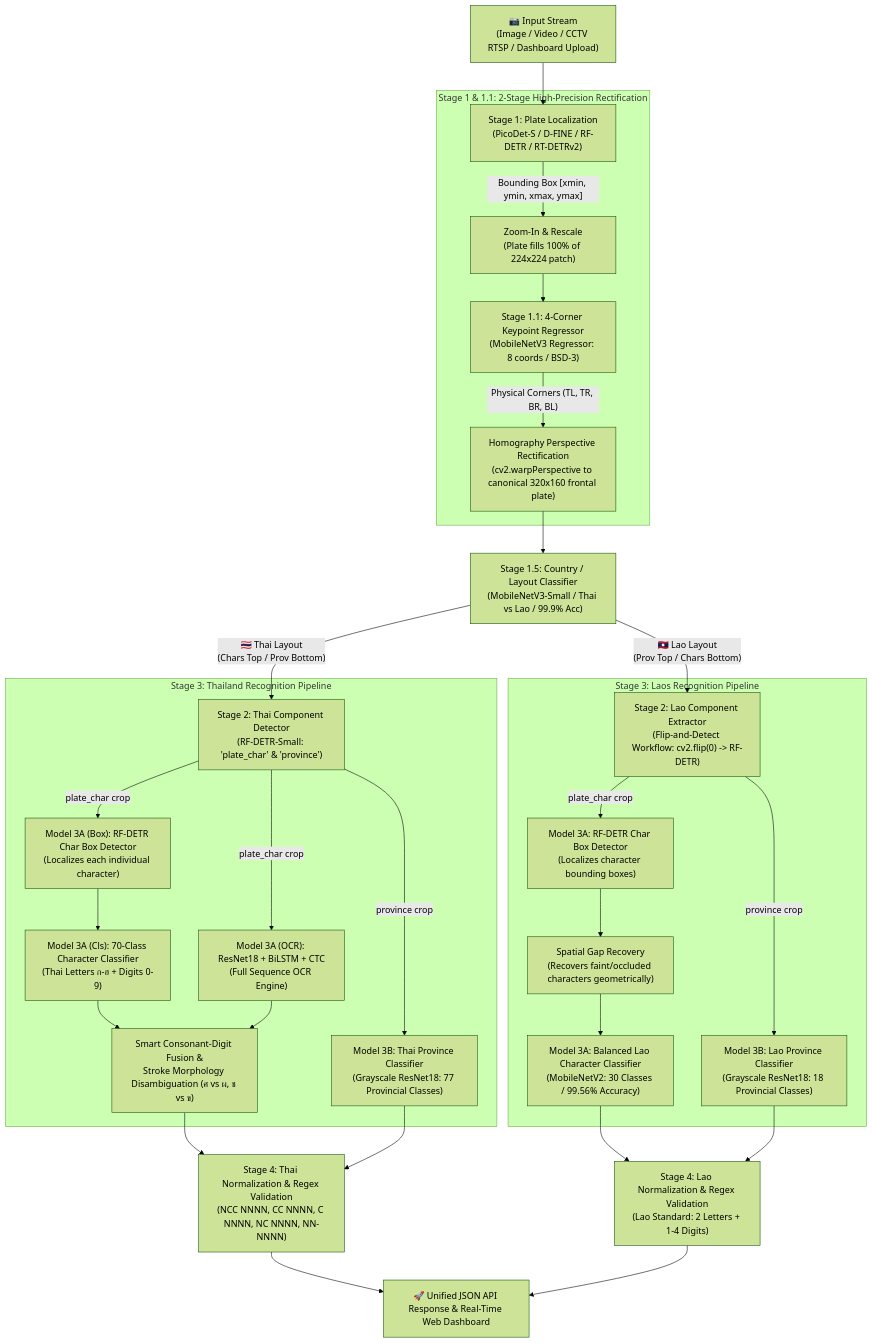
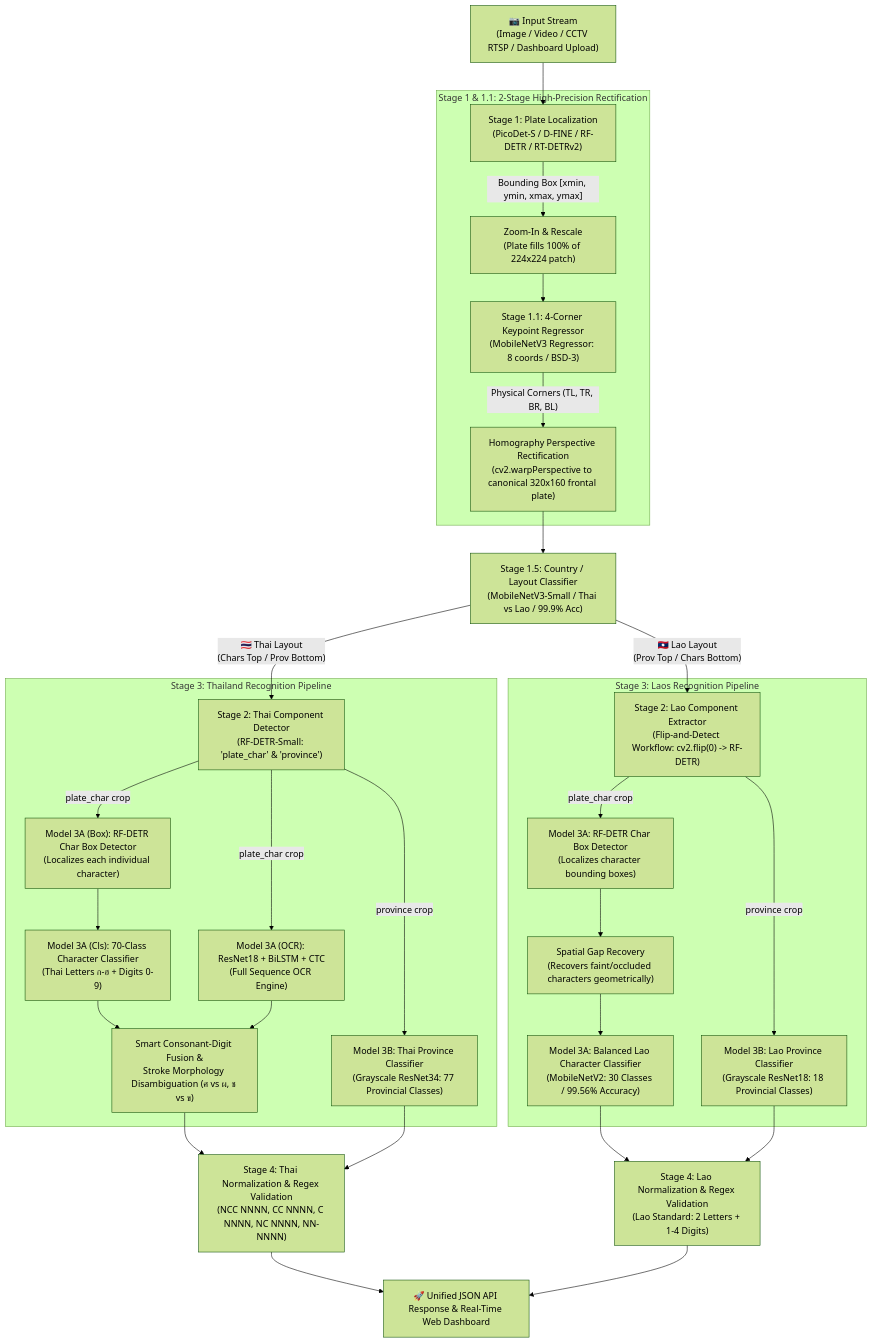
The first of 2 diagrams in README.md (kwankhaosiva-repo/Thai-License-Plate-Recognition-API-old), drawn with Mermaid (forest theme) before and after one commit. The commit also changed other lines of this file and 23 other files, not shown here.

Commit message:
feat: implement user authentication, history management, RTSP streaming, and advanced Thai plate OCR sequence fusion

````diff
--- a/README.md
+++ b/README.md
@@ -33,35 +33,35 @@
 ```mermaid
 flowchart TD
     A["📷 Input Stream\n(Image / Video / CCTV RTSP / Dashboard Upload)"] --> S1["Stage 1: Plate Localization\n(PicoDet-S / D-FINE / RF-DETR / RT-DETRv2)"]
     
     subgraph STAGE1["Stage 1 & 1.1: 2-Stage High-Precision Rectification"]
         S1 -->|"Bounding Box [xmin, ymin, xmax, ymax]"| S1_CROP["Zoom-In & Rescale\n(Plate fills 100% of 224x224 patch)"]
         S1_CROP --> S1_KEY["Stage 1.1: 4-Corner Keypoint Regressor\n(MobileNetV3 Regressor: 8 coords / BSD-3)"]
         S1_KEY -->|"Physical Corners (TL, TR, BR, BL)"| S1_WARP["Homography Perspective Rectification\n(cv2.warpPerspective to canonical 320x160 frontal plate)"]
     end
 
     S1_WARP --> S15["Stage 1.5: Country / Layout Classifier\n(MobileNetV3-Small / Thai vs Lao / 99.9% Acc)"]
 
     S15 -->|"🇹🇭 Thai Layout\n(Chars Top / Prov Bottom)"| S2_TH["Stage 2: Thai Component Detector\n(RF-DETR-Small: 'plate_char' & 'province')"]
     S15 -->|"🇱🇦 Lao Layout\n(Prov Top / Chars Bottom)"| S2_LA["Stage 2: Lao Component Extractor\n(Flip-and-Detect Workflow: cv2.flip(0) -> RF-DETR)"]
 
     subgraph STAGE3_TH["Stage 3: Thailand Recognition Pipeline"]
         S2_TH -->|"plate_char crop"| TH_CHAR_BOX["Model 3A (Box): RF-DETR Char Box Detector\n(Localizes each individual character)"]
         TH_CHAR_BOX --> TH_CHAR_CLS["Model 3A (Cls): 70-Class Character Classifier\n(Thai Letters ก-ฮ + Digits 0-9)"]
         S2_TH -->|"plate_char crop"| TH_OCR["Model 3A (OCR): ResNet18 + BiLSTM + CTC\n(Full Sequence OCR Engine)"]
         TH_CHAR_CLS & TH_OCR --> TH_FUSION["Smart Consonant-Digit Fusion &\nStroke Morphology Disambiguation (ศ vs ผ, ช vs ข)"]
-        S2_TH -->|"province crop"| TH_PROV["Model 3B: Thai Province Classifier\n(Grayscale ResNet18: 77 Provincial Classes)"]
+        S2_TH -->|"province crop"| TH_PROV["Model 3B: Thai Province Classifier\n(Grayscale ResNet34: 77 Provincial Classes)"]
     end
 
     subgraph STAGE3_LA["Stage 3: Laos Recognition Pipeline"]
         S2_LA -->|"plate_char crop"| LA_CHAR_BOX["Model 3A: RF-DETR Char Box Detector\n(Localizes character bounding boxes)"]
         LA_CHAR_BOX --> LA_GAP["Spatial Gap Recovery\n(Recovers faint/occluded characters geometrically)"]
         LA_GAP --> LA_CHAR_CLS["Model 3A: Balanced Lao Character Classifier\n(MobileNetV2: 30 Classes / 99.56% Accuracy)"]
         S2_LA -->|"province crop"| LA_PROV["Model 3B: Lao Province Classifier\n(Grayscale ResNet18: 18 Provincial Classes)"]
     end
 
     TH_FUSION & TH_PROV --> S4_TH["Stage 4: Thai Normalization & Regex Validation\n(NCC NNNN, CC NNNN, C NNNN, NC NNNN, NN-NNNN)"]
     LA_CHAR_CLS & LA_PROV --> S4_LA["Stage 4: Lao Normalization & Regex Validation\n(Lao Standard: 2 Letters + 1-4 Digits)"]
 
     S4_TH & S4_LA --> OUT["🚀 Unified JSON API Response & Real-Time Web Dashboard"]
 ```
````
